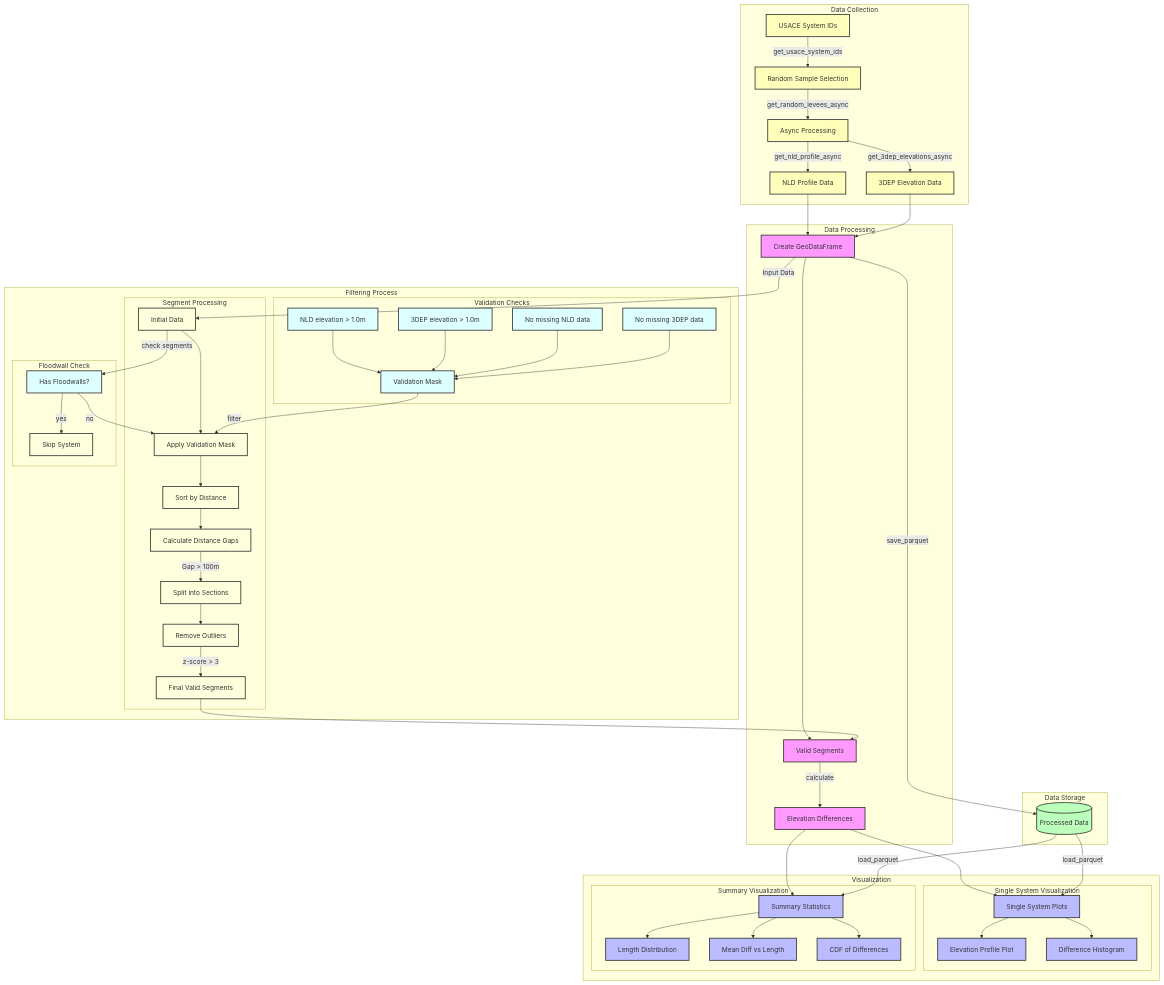
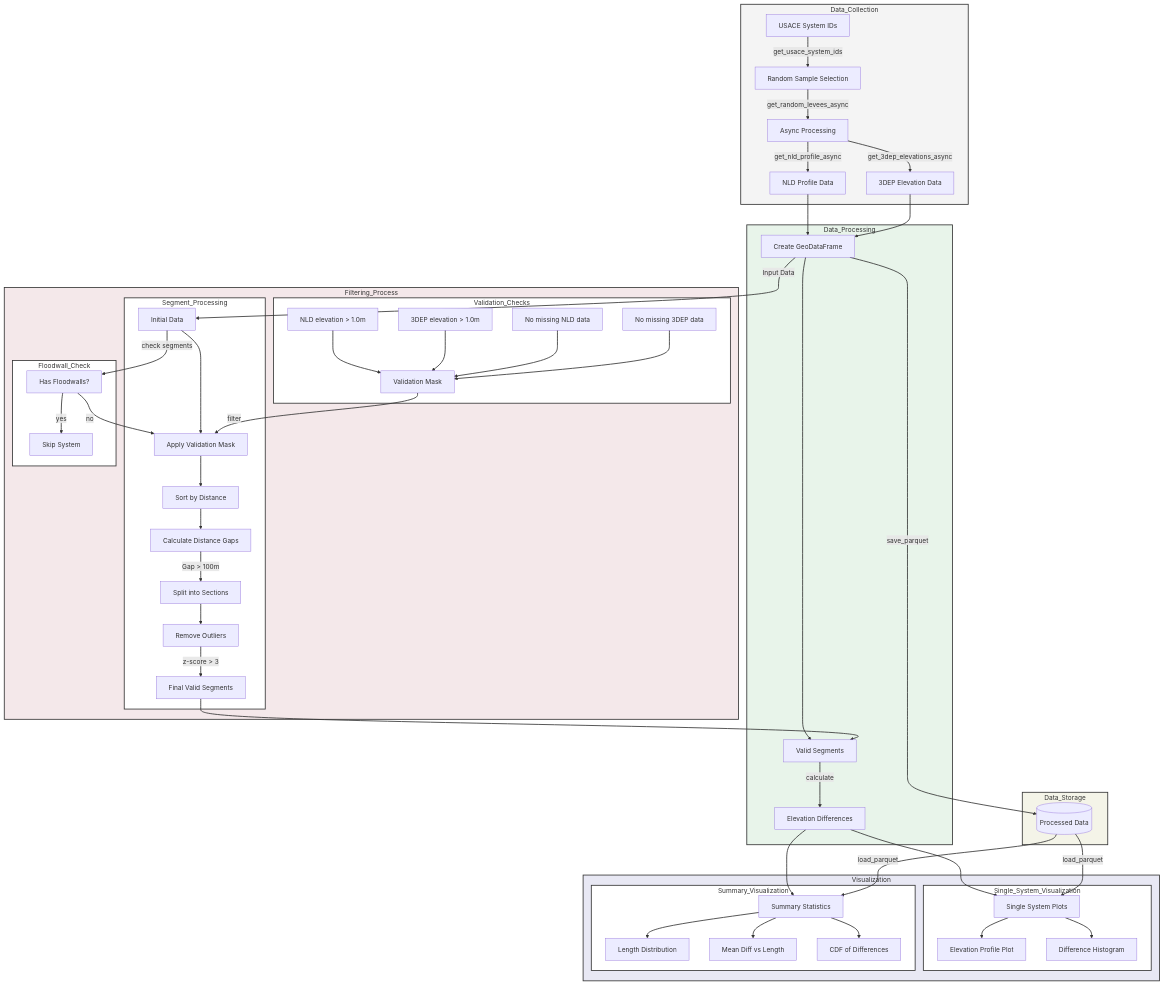
One commit to jameshgrn/army_levees changed the diagram in README.md. Above: the diagram before and after it, drawn with Mermaid.

Commit message:
docs: update system architecture diagram

````diff
--- a/README.md
+++ b/README.md
@@ -14,81 +14,81 @@
 ```mermaid
 graph TD
-    subgraph Data Collection
+    subgraph Data_Collection
         A[USACE System IDs] -->|get_usace_system_ids| B[Random Sample Selection]
         B -->|get_random_levees_async| C[Async Processing]
         C -->|get_nld_profile_async| D[NLD Profile Data]
         C -->|get_3dep_elevations_async| E[3DEP Elevation Data]
     end
 
-    subgraph Data Processing
+    subgraph Data_Processing
         D --> F[Create GeoDataFrame]
         E --> F
         F --> G[Valid Segments]
         G -->|calculate| H[Elevation Differences]
     end
 
-    subgraph Filtering Process
+    subgraph Filtering_Process
         F -->|Input Data| V0[Initial Data]
 
-        subgraph Validation Checks
+        subgraph Validation_Checks
             V1[NLD elevation > 1.0m] --> VM[Validation Mask]
             V2[3DEP elevation > 1.0m] --> VM
             V3[No missing NLD data] --> VM
             V4[No missing 3DEP data] --> VM
         end
 
-        subgraph Segment Processing
+        subgraph Segment_Processing
             V0 --> S1[Apply Validation Mask]
             VM -->|filter| S1
             S1 --> S2[Sort by Distance]
             S2 --> S3[Calculate Distance Gaps]
             S3 -->|Gap > 100m| S4[Split into Sections]
             S4 --> S5[Remove Outliers]
             S5 -->|z-score > 3| S6[Final Valid Segments]
         end
 
-        subgraph Floodwall Check
+        subgraph Floodwall_Check
             V0 -->|check segments| FW[Has Floodwalls?]
             FW -->|yes| Skip[Skip System]
             FW -->|no| S1
         end
 
         S6 --> G
     end
 
     subgraph Visualization
         H --> I[Single System Plots]
         H --> J[Summary Statistics]
 
-        subgraph Single System Visualization
+        subgraph Single_System_Visualization
             I --> K[Elevation Profile Plot]
             I --> L[Difference Histogram]
         end
 
-        subgraph Summary Visualization
+        subgraph Summary_Visualization
             J --> M[Length Distribution]
             J --> N[Mean Diff vs Length]
             J --> O[CDF of Differences]
         end
     end
 
-    subgraph Data Storage
+    subgraph Data_Storage
         F -->|save_parquet| P[(Processed Data)]
         P -->|load_parquet| I
         P -->|load_parquet| J
     end
 
-    classDef processing fill:#f9f,stroke:#333,stroke-width:2px
-    classDef visualization fill:#bbf,stroke:#333,stroke-width:2px
-    classDef storage fill:#bfb,stroke:#333,stroke-width:2px
-    classDef collection fill:#ffb,stroke:#333,stroke-width:2px
-    classDef filtering fill:#ffd,stroke:#333,stroke-width:2px
-    classDef validation fill:#dff,stroke:#333,stroke-width:2px
+    linkStyle default stroke-width:2px
 
-    class A,B,C,D,E collection
-    class F,G,H processing
-    class I,J,K,L,M,N,O visualization
-    class P storage
-    class V0,S1,S2,S3,S4,S5,S6,Skip filtering
-    class V1,V2,V3,V4,VM,FW validation
+    style Data_Collection fill:#f4f4f4,stroke:#333,stroke-width:2px
+    style Data_Processing fill:#e8f4ea,stroke:#333,stroke-width:2px
+    style Filtering_Process fill:#f4e8ea,stroke:#333,stroke-width:2px
+    style Visualization fill:#e8e8f4,stroke:#333,stroke-width:2px
+    style Data_Storage fill:#f4f4e8,stroke:#333,stroke-width:2px
+
+    style Validation_Checks fill:#fff,stroke:#333,stroke-width:2px
+    style Segment_Processing fill:#fff,stroke:#333,stroke-width:2px
+    style Floodwall_Check fill:#fff,stroke:#333,stroke-width:2px
+    style Single_System_Visualization fill:#fff,stroke:#333,stroke-width:2px
+    style Summary_Visualization fill:#fff,stroke:#333,stroke-width:2px
 ```
````
